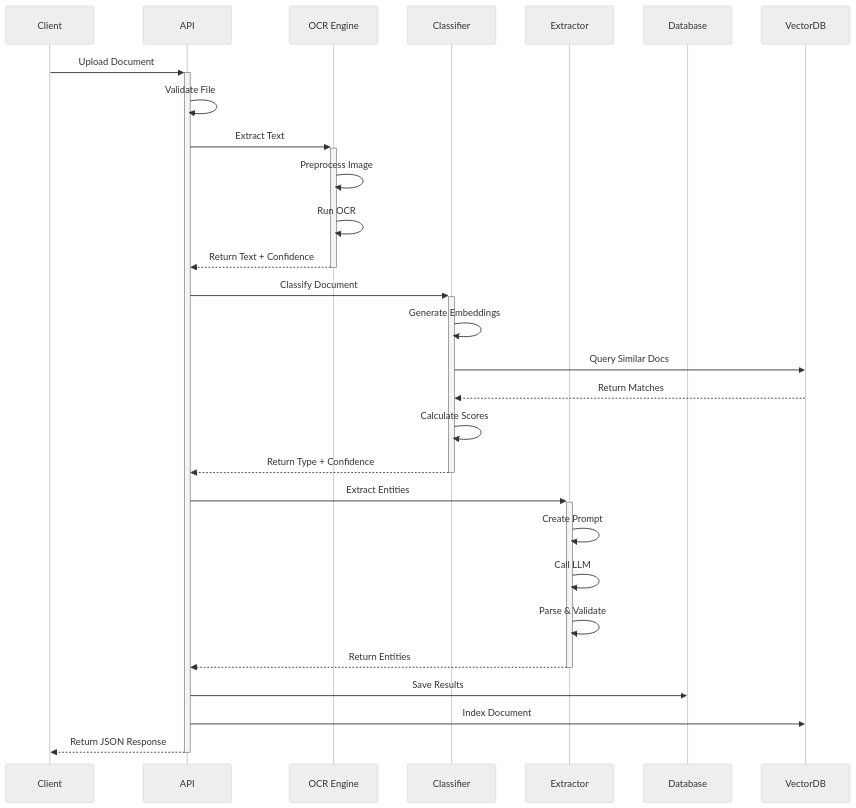
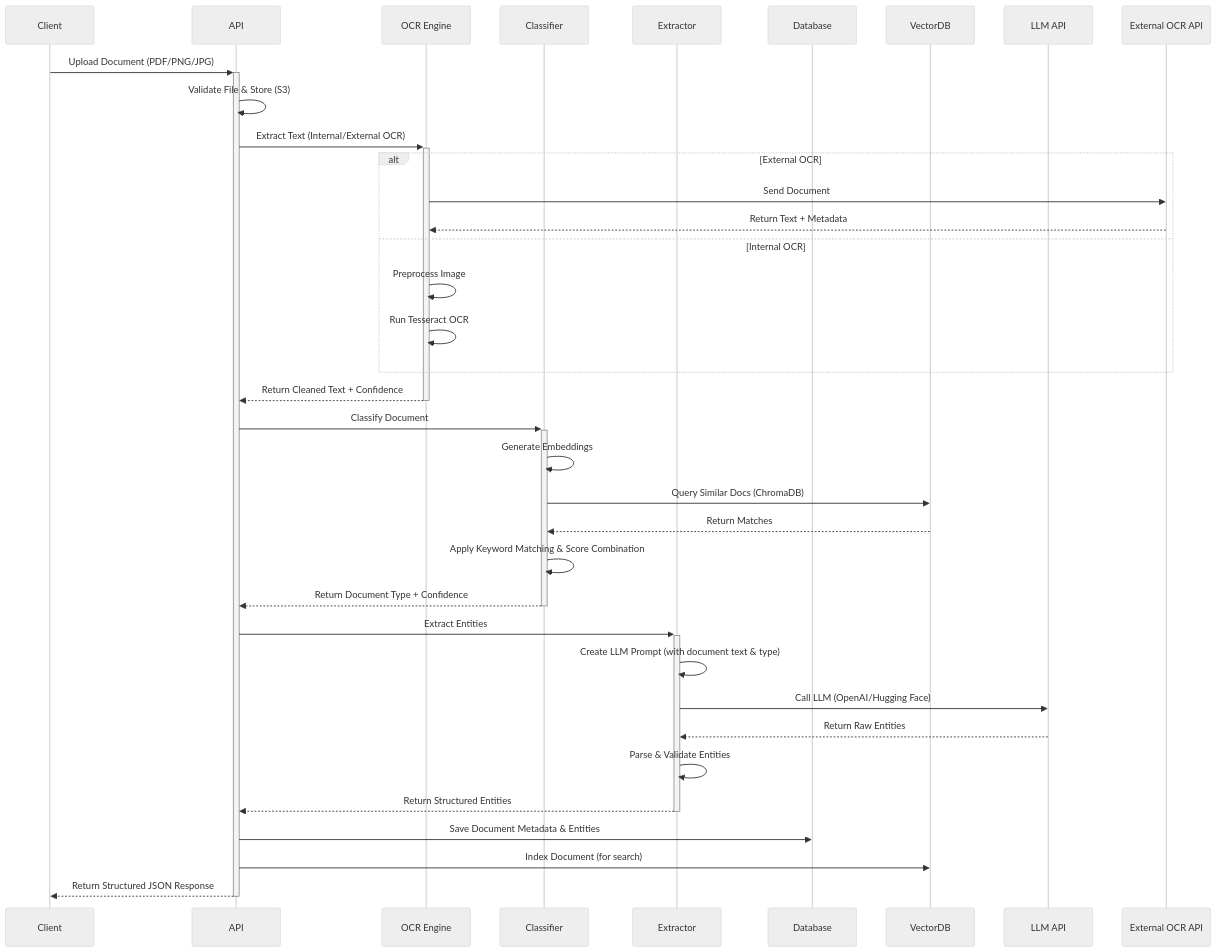
Before and after one commit to JazzzFM/DocuMind: the second of 5 diagrams in README.md, drawn with Mermaid (neutral theme). The commit also changed other lines of this file and 5029 other files, not shown here.

````diff
--- a/README.md
+++ b/README.md
@@ -106,34 +116,42 @@
 ```mermaid
 sequenceDiagram
     participant C as Client
     participant A as API
     participant O as OCR Engine
     participant CL as Classifier
     participant E as Extractor
     participant DB as Database
     participant VDB as VectorDB
+    participant LLM as LLM API
+    participant ExtOCR as External OCR API
     
-    C->>+A: Upload Document
-    A->>A: Validate File
-    A->>+O: Extract Text
-    O->>O: Preprocess Image
-    O->>O: Run OCR
-    O-->>-A: Return Text + Confidence
+    C->>+A: Upload Document (PDF/PNG/JPG)
+    A->>A: Validate File & Store (S3)
+    A->>+O: Extract Text (Internal/External OCR)
+    alt External OCR
+        O->>ExtOCR: Send Document
+        ExtOCR-->>O: Return Text + Metadata
+    else Internal OCR
+        O->>O: Preprocess Image
+        O->>O: Run Tesseract OCR
+    end
+    O-->>-A: Return Cleaned Text + Confidence
     
     A->>+CL: Classify Document
     CL->>CL: Generate Embeddings
-    CL->>VDB: Query Similar Docs
+    CL->>VDB: Query Similar Docs (ChromaDB)
     VDB-->>CL: Return Matches
-    CL->>CL: Calculate Scores
-    CL-->>-A: Return Type + Confidence
+    CL->>CL: Apply Keyword Matching & Score Combination
+    CL-->>-A: Return Document Type + Confidence
     
     A->>+E: Extract Entities
-    E->>E: Create Prompt
-    E->>E: Call LLM
-    E->>E: Parse & Validate
-    E-->>-A: Return Entities
+    E->>E: Create LLM Prompt (with document text & type)
+    E->>LLM: Call LLM (OpenAI/Hugging Face)
+    LLM-->>E: Return Raw Entities
+    E->>E: Parse & Validate Entities
+    E-->>-A: Return Structured Entities
     
-    A->>DB: Save Results
-    A->>VDB: Index Document
-    A-->>-C: Return JSON Response
+    A->>DB: Save Document Metadata & Entities
+    A->>VDB: Index Document (for search)
+    A-->>-C: Return Structured JSON Response
 ```
````
